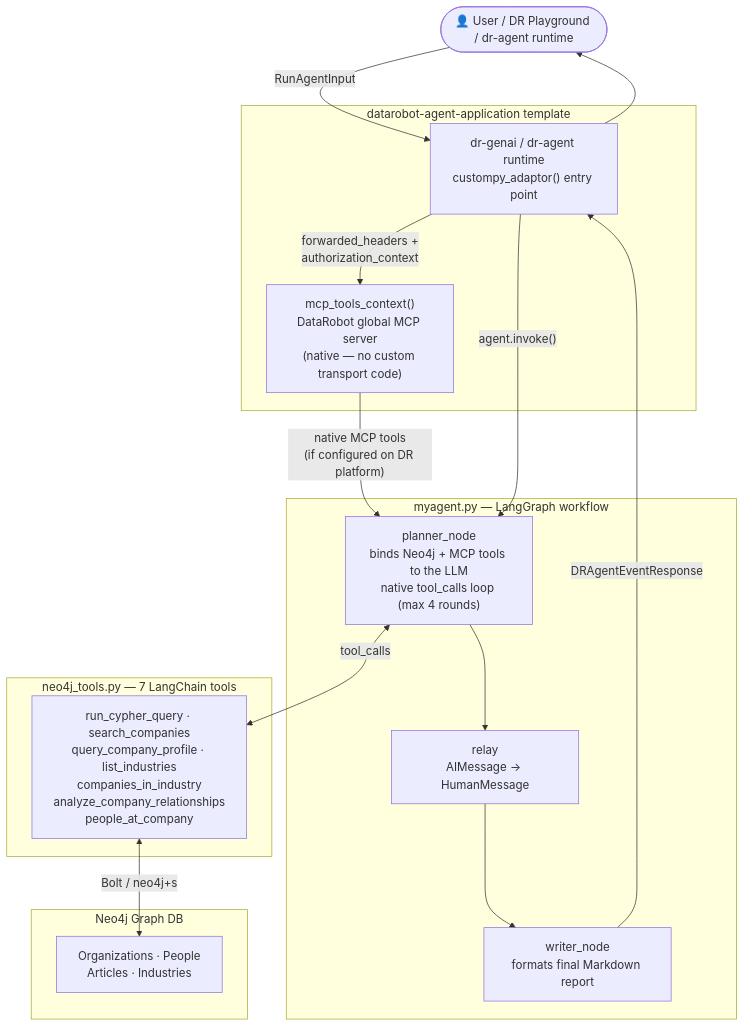
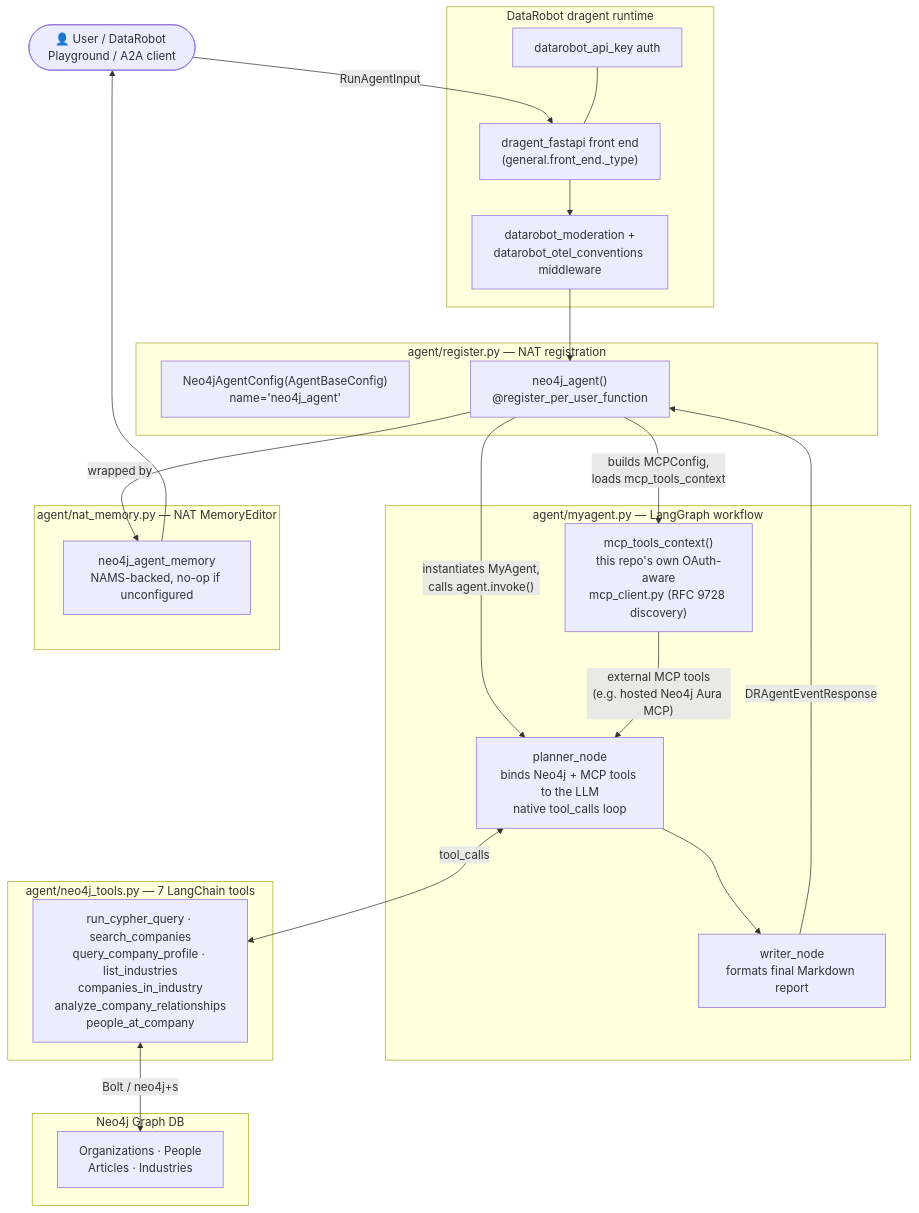
The diagram in datarobot/README.md (neo4j-labs/neo4j-agent-integrations), drawn with Mermaid before and after one commit. The commit also changed other lines of this file and 27 other files, not shown here.

````diff
--- a/datarobot/README.md
+++ b/datarobot/README.md
@@ -349,45 +21,63 @@
 ```mermaid
 flowchart TD
-    User(["👤 User / DR Playground / dr-agent runtime"])
+    User(["👤 User / DataRobot Playground / A2A client"])
 
-    subgraph Template["datarobot-agent-application template"]
-        NAT["dr-genai / dr-agent runtime
-custompy_adaptor() entry point"]
-        MCPCTX["mcp_tools_context()
-DataRobot global MCP server
-(native — no custom transport code)"]
+    subgraph DR["DataRobot dragent runtime"]
+        FE["dragent_fastapi front end
+(general.front_end._type)"]
+        AUTH["datarobot_api_key auth"]
+        MOD["datarobot_moderation +
+datarobot_otel_conventions middleware"]
     end
 
-    subgraph MyAgent["myagent.py — LangGraph workflow"]
+    subgraph Register["agent/register.py — NAT registration"]
+        CFG["Neo4jAgentConfig(AgentBaseConfig)
+name='neo4j_agent'"]
+        FN["neo4j_agent()
+@register_per_user_function"]
+    end
+
+    subgraph MyAgent["agent/myagent.py — LangGraph workflow"]
         PLANNER["planner_node
 binds Neo4j + MCP tools to the LLM
-native tool_calls loop (max 4 rounds)"]
-        RELAY["relay
-AIMessage → HumanMessage"]
+native tool_calls loop"]
         WRITER["writer_node
 formats final Markdown report"]
+        MCPCTX["mcp_tools_context()
+this repo's own OAuth-aware
+mcp_client.py (RFC 9728 discovery)"]
     end
 
-    subgraph Neo4jTools["neo4j_tools.py — 7 LangChain tools"]
+    subgraph Neo4jTools["agent/neo4j_tools.py — 7 LangChain tools"]
         CYPHER["run_cypher_query · search_companies
 query_company_profile · list_industries
 companies_in_industry
 analyze_company_relationships
 people_at_company"]
     end
 
+    subgraph Memory["agent/nat_memory.py — NAT MemoryEditor"]
+        NAMS["neo4j_agent_memory
+NAMS-backed, no-op if unconfigured"]
+    end
+
     subgraph Neo4j["Neo4j Graph DB"]
         KG["Organizations · People
 Articles · Industries"]
     end
 
-    User -->|"RunAgentInput"| NAT
-    NAT -->|"forwarded_headers +
-authorization_context"| MCPCTX
-    NAT -->|"agent.invoke()"| PLANNER
-    MCPCTX -->|"native MCP tools
-(if configured on DR platform)"| PLANNER
+    User -->|"RunAgentInput"| FE
+    AUTH --- FE
+    FE --> MOD --> FN
+    FN -->|"builds MCPConfig,
+loads mcp_tools_context"| MCPCTX
+    FN -->|"instantiates MyAgent,
+calls agent.invoke()"| PLANNER
+    MCPCTX -->|"external MCP tools
+(e.g. hosted Neo4j Aura MCP)"| PLANNER
     PLANNER <-->|"tool_calls"| CYPHER <-->|"Bolt / neo4j+s"| KG
-    PLANNER --> RELAY --> WRITER
-    WRITER -->|"DRAgentEventResponse"| NAT --> User
+    PLANNER --> WRITER
+    WRITER -->|"DRAgentEventResponse"| FN
+    FN -->|"wrapped by"| NAMS
+    NAMS --> User
 ```
````
